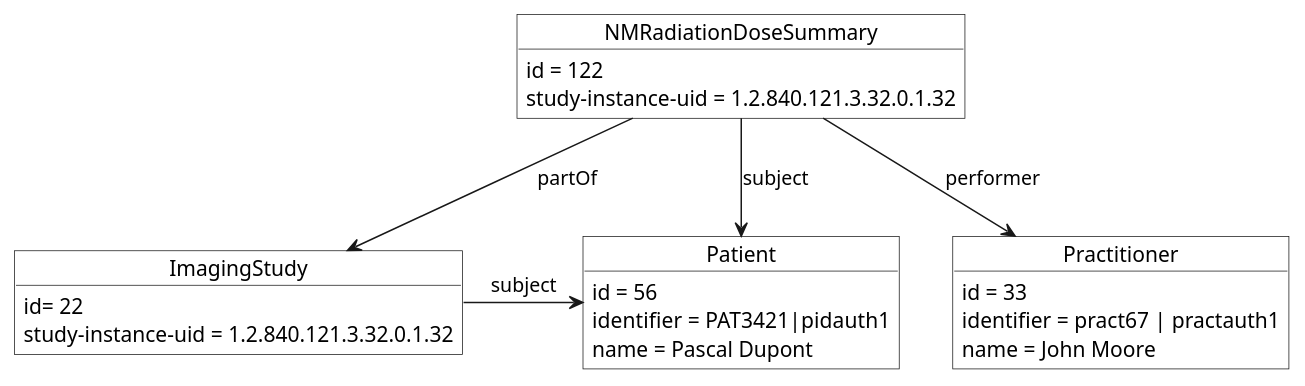
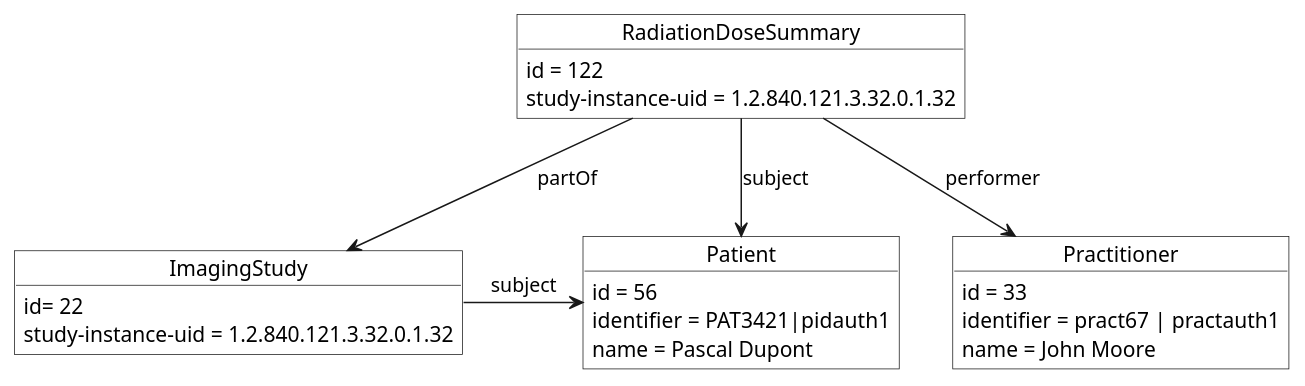
One commit to HL7/fhir-radiation-dose-summary-ig changed the diagram in input/images-source/example3.plantuml. Above: the diagram before and after it, drawn with PlantUML. The commit also changed 25 other files, not shown here.

```diff
--- a/input/images-source/example3.plantuml
+++ b/input/images-source/example3.plantuml
@@ -1,31 +1,31 @@
 @startuml
 skinparam monochrome true
 
-object  NMRadiationDoseSummary #white { 
+object  RadiationDoseSummary #white { 
   id = 122
   study-instance-uid = 1.2.840.121.3.32.0.1.32
 }
 
 object  Patient #white { 
   id = 56
   identifier = PAT3421|pidauth1
   name = Pascal Dupont
 }
 
 object  ImagingStudy #white { 
   id= 22
   study-instance-uid = 1.2.840.121.3.32.0.1.32
 }
 
 object  Practitioner #white { 
   id = 33
   identifier = pract67 | practauth1
   name = John Moore
 }
 
 
-NMRadiationDoseSummary -d-> Patient : "subject"
-NMRadiationDoseSummary -d-> ImagingStudy : "partOf"
-NMRadiationDoseSummary -d-> Practitioner : "performer"
+RadiationDoseSummary -d-> Patient : "subject"
+RadiationDoseSummary -d-> ImagingStudy : "partOf"
+RadiationDoseSummary -d-> Practitioner : "performer"
 ImagingStudy -> Patient : "subject"
 @enduml
```
